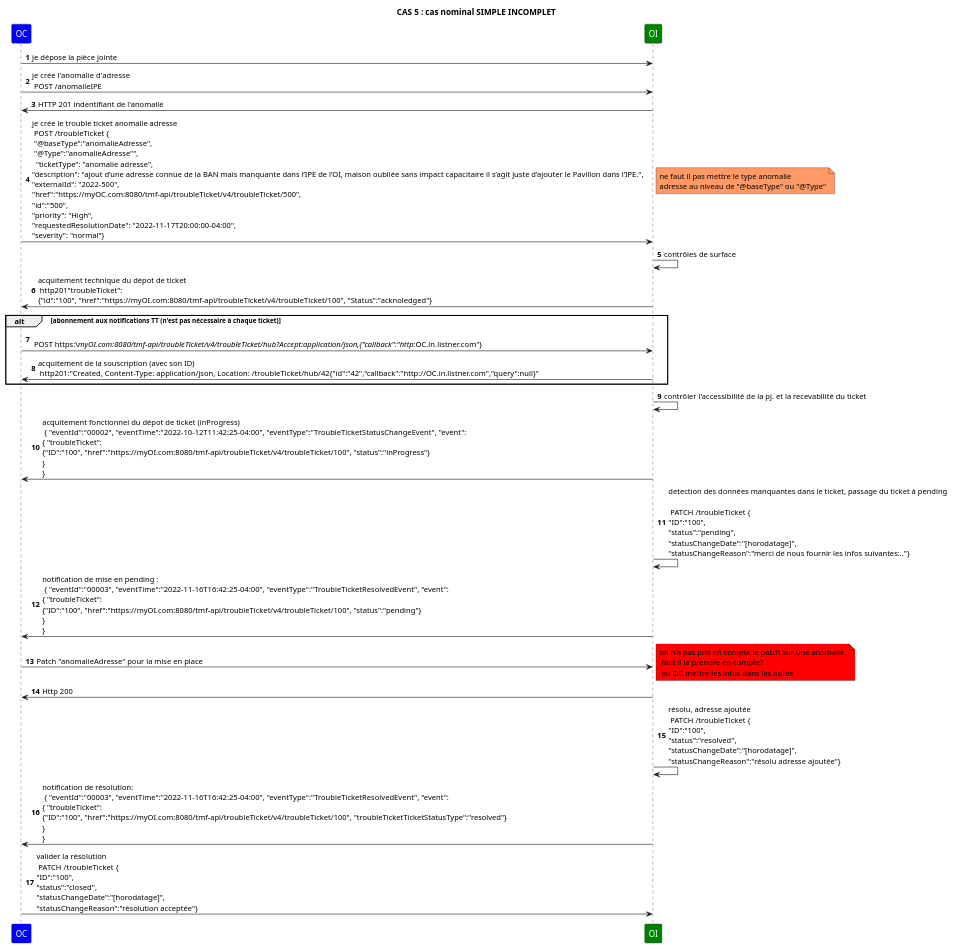
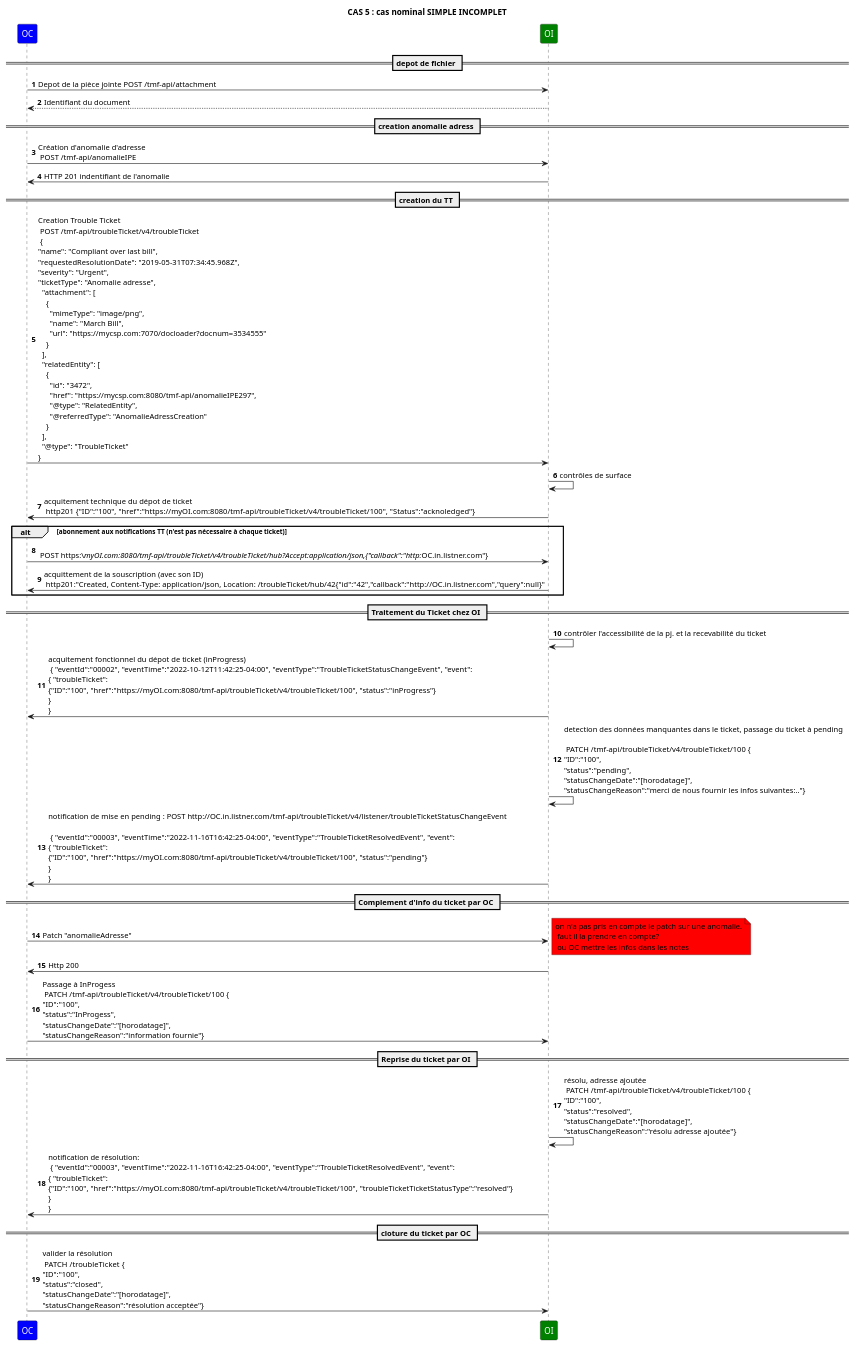
One commit to before-interop/anomalieAdresse changed the diagram in sequence/cas5 nominal.puml. Above: the diagram before and after it, drawn with PlantUML. The commit also changed 6 other files, not shown here.

Commit message:
ajout diagrammes de séquence pour les cas 1 à 8

```diff
--- a/sequence/cas5 nominal.puml
+++ b/sequence/cas5 nominal.puml
@@ -1,58 +1,61 @@
 @startuml
 
 skinparam ParticipantFontColor automatic
 
 title: CAS 5 : cas nominal SIMPLE INCOMPLET
 
 autonumber
 
 participant OC #Blue
 participant OI #Green
 
-OC->OI: je dépose la pièce jointe
-OC->OI: je crée l'anomalie d'adresse \n POST /anomalieIPE
+== depot de fichier ==
+OC->OI: Depot de la pièce jointe POST /tmf-api/attachment
+OI --> OC: Identifiant du document
+== creation anomalie adress ==
+OC->OI: Création d'anomalie d'adresse \n POST /tmf-api/anomalieIPE
 OI->OC: HTTP 201 indentifiant de l'anomalie
-OC->OI: je crée le trouble ticket anomalie adresse \n POST /troubleTicket {\n "@baseType":"anomalieAdresse", \n "@Type":"anomalieAdresse"", \n  "ticketType": "anomalie adresse",\n"description": "ajout d’une adresse connue de la BAN mais manquante dans l’IPE de l’OI, maison oubliée sans impact capacitaire il s’agit juste d’ajouter le Pavillon dans l’IPE.",\n"externalId": "2022-500",\n"href":"https://myOC.com:8080/tmf-api/troubleTicket/v4/troubleTicket/500",\n"id":"500",\n"priority": "High",\n"requestedResolutionDate": "2022-11-17T20:00:00-04:00",\n"severity": "normal"}
-
-note right 	#ff9966
-  ne faut il pas mettre le type anomalie
-  adresse au niveau de "@baseType" ou "@Type"
-endnote
+== creation du TT ==
+OC->OI: Creation Trouble Ticket \n POST /tmf-api/troubleTicket/v4/troubleTicket \n {\n"name": "Compliant over last bill",\n"requestedResolutionDate": "2019-05-31T07:34:45.968Z",\n"severity": "Urgent",\n"ticketType": "Anomalie adresse",\n  "attachment": [\n    {\n      "mimeType": "image/png",\n      "name": "March Bill",\n      "url": "https://mycsp.com:7070/docloader?docnum=3534555"\n    }\n  ],\n  "relatedEntity": [\n    {\n      "id": "3472",\n      "href": "https://mycsp.com:8080/tmf-api/anomalieIPE297",\n      "@type": "RelatedEntity",\n      "@referredType": "AnomalieAdressCreation"\n    }\n  ],\n  "@type": "TroubleTicket"\n}
 
 OI->OI: contrôles de surface
 
-OI->OC: acquitement technique du dépot de ticket \n http201"troubleTicket": \n{"id":"100", "href":"https://myOI.com:8080/tmf-api/troubleTicket/v4/troubleTicket/100", "Status":"acknoledged"}
+OI->OC: acquitement technique du dépot de ticket \n http201   {"ID":"100", "href":"https://myOI.com:8080/tmf-api/troubleTicket/v4/troubleTicket/100", "Status":"acknoledged"}
+
 alt abonnement aux notifications TT (n'est pas nécessaire à chaque ticket)
 OC->OI:  \n POST https:\//myOI.com:8080/tmf-api/troubleTicket/v4/troubleTicket/hub?Accept:application/json,{"callback":"http://OC.in.listner.com"}
-OI->OC: acquitement de la souscription (avec son ID) \n http201:"Created, Content-Type: application/json, Location: /troubleTicket/hub/42{"id":"42","callback":"http://OC.in.listner.com","query":null}"
+OI->OC: acquittement de la souscription (avec son ID) \n http201:"Created, Content-Type: application/json, Location: /troubleTicket/hub/42{"id":"42","callback":"http://OC.in.listner.com","query":null}"
 
 end
+== Traitement du Ticket chez OI ==
 
 
 OI->OI: contrôler l'accessibilité de la pj. et la recevabilité du ticket
 
 OI->OC: acquitement fonctionnel du dépot de ticket (inProgress) \n { "eventId":"00002", "eventTime":"2022-10-12T11:42:25-04:00", "eventType":"TroubleTicketStatusChangeEvent", "event": \n{ "troubleTicket": \n{"ID":"100", "href":"https://myOI.com:8080/tmf-api/troubleTicket/v4/troubleTicket/100", "status":"inProgress"}\n} \n}
 
-OI->OI: detection des données manquantes dans le ticket, passage du ticket à pending \n\n PATCH /troubleTicket {\n"ID":"100",\n"status":"pending",\n"statusChangeDate":"[horodatage]",\n"statusChangeReason":"merci de nous fournir les infos suivantes:.."}
+OI->OI: detection des données manquantes dans le ticket, passage du ticket à pending \n\n PATCH /tmf-api/troubleTicket/v4/troubleTicket/100 {\n"ID":"100",\n"status":"pending",\n"statusChangeDate":"[horodatage]",\n"statusChangeReason":"merci de nous fournir les infos suivantes:.."}
 
-OI->OC: notification de mise en pending : \n { "eventId":"00003", "eventTime":"2022-11-16T16:42:25-04:00", "eventType":"TroubleTicketResolvedEvent", "event": \n{ "troubleTicket": \n{"ID":"100", "href":"https://myOI.com:8080/tmf-api/troubleTicket/v4/troubleTicket/100", "status":"pending"}\n} \n}
+OI->OC: notification de mise en pending : POST http://OC.in.listner.com/tmf-api/troubleTicket/v4/listener/troubleTicketStatusChangeEvent \n \n { "eventId":"00003", "eventTime":"2022-11-16T16:42:25-04:00", "eventType":"TroubleTicketResolvedEvent", "event": \n{ "troubleTicket": \n{"ID":"100", "href":"https://myOI.com:8080/tmf-api/troubleTicket/v4/troubleTicket/100", "status":"pending"}\n} \n}
 
-
-OC->OI: Patch "anomalieAdresse" pour la mise en place
+== Complement d'info du ticket par OC ==
+OC->OI: Patch "anomalieAdresse"
 note right #red
 on n'a pas pris en compte le patch sur une anomalie.
  faut il la prendre en compte?
  ou OC mettre les infos dans les notes
 endnote
 OI->OC: Http 200
 
-OI->OI: résolu, adresse ajoutée \n PATCH /troubleTicket {\n"ID":"100",\n"status":"resolved",\n"statusChangeDate":"[horodatage]",\n"statusChangeReason":"résolu adresse ajoutée"}
+OC->OI: Passage à InProgess \n PATCH /tmf-api/troubleTicket/v4/troubleTicket/100 {\n"ID":"100",\n"status":"InProgess",\n"statusChangeDate":"[horodatage]",\n"statusChangeReason":"information fournie"}
+== Reprise du ticket par OI ==
+OI->OI: résolu, adresse ajoutée \n PATCH /tmf-api/troubleTicket/v4/troubleTicket/100 {\n"ID":"100",\n"status":"resolved",\n"statusChangeDate":"[horodatage]",\n"statusChangeReason":"résolu adresse ajoutée"}
 
 
 OI->OC: notification de résolution: \n { "eventId":"00003", "eventTime":"2022-11-16T16:42:25-04:00", "eventType":"TroubleTicketResolvedEvent", "event": \n{ "troubleTicket": \n{"ID":"100", "href":"https://myOI.com:8080/tmf-api/troubleTicket/v4/troubleTicket/100", "troubleTicketTicketStatusType":"resolved"}\n} \n}
 
-
+== cloture du ticket par OC ==
 OC->OI: valider la résolution \n PATCH /troubleTicket {\n"ID":"100",\n"status":"closed",\n"statusChangeDate":"[horodatage]",\n"statusChangeReason":"résolution acceptée"}
 
 
 @enduml
```
